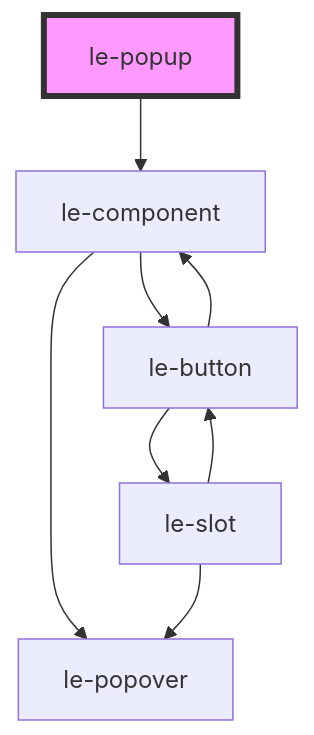
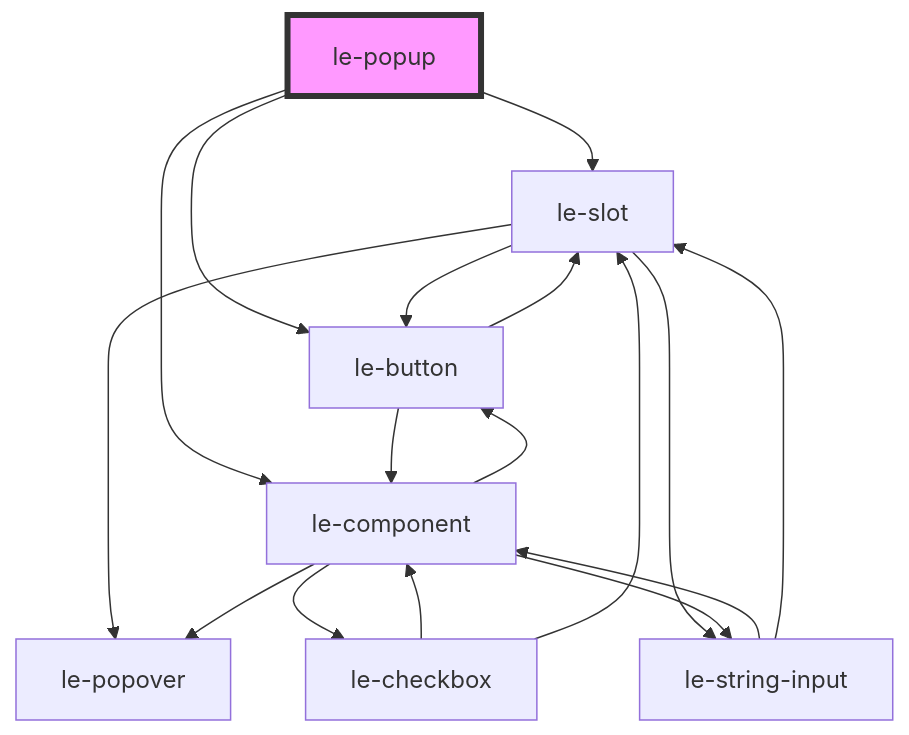
Before and after one commit to leechy/le-kit: the diagram in src/components/le-popup/readme.md, drawn with Mermaid. The commit also changed other lines of this file and 30 other files, not shown here.

````diff
--- a/src/components/le-popup/readme.md
+++ b/src/components/le-popup/readme.md
@@ -102,11 +104,20 @@
 ```mermaid
 graph TD;
+  le-popup --> le-slot
+  le-popup --> le-button
   le-popup --> le-component
-  le-component --> le-popover
-  le-component --> le-button
+  le-slot --> le-popover
+  le-slot --> le-button
+  le-slot --> le-string-input
   le-button --> le-component
   le-button --> le-slot
-  le-slot --> le-popover
-  le-slot --> le-button
+  le-component --> le-button
+  le-component --> le-checkbox
+  le-component --> le-string-input
+  le-component --> le-popover
+  le-checkbox --> le-component
+  le-checkbox --> le-slot
+  le-string-input --> le-component
+  le-string-input --> le-slot
   style le-popup fill:#f9f,stroke:#333,stroke-width:4px
 ```
````
